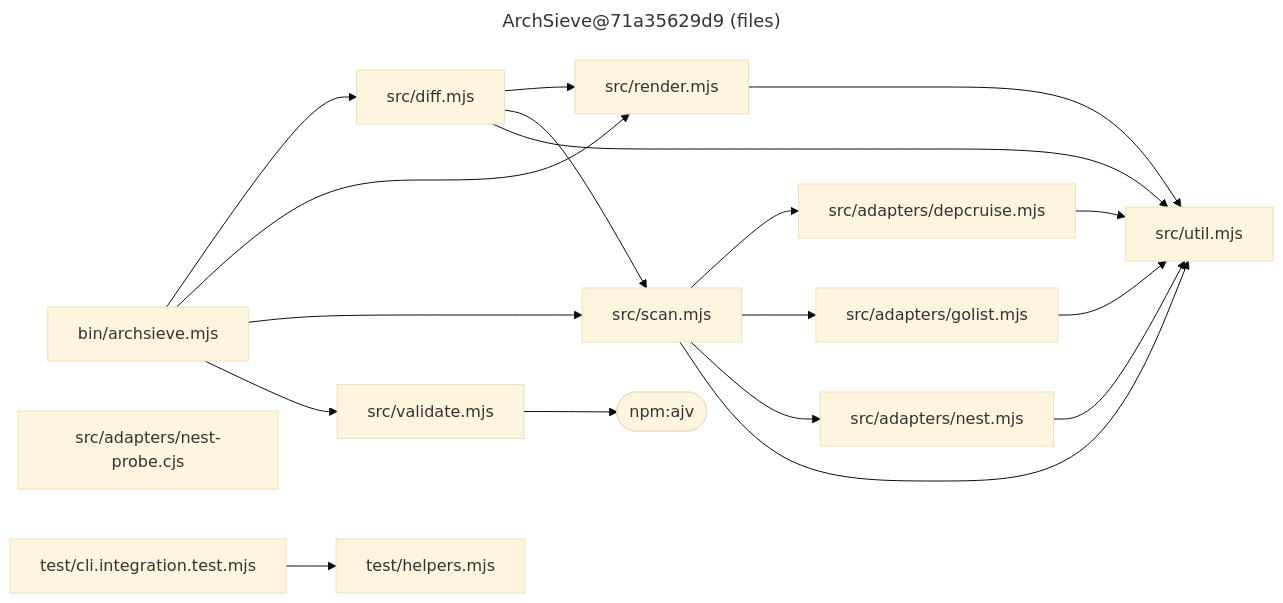
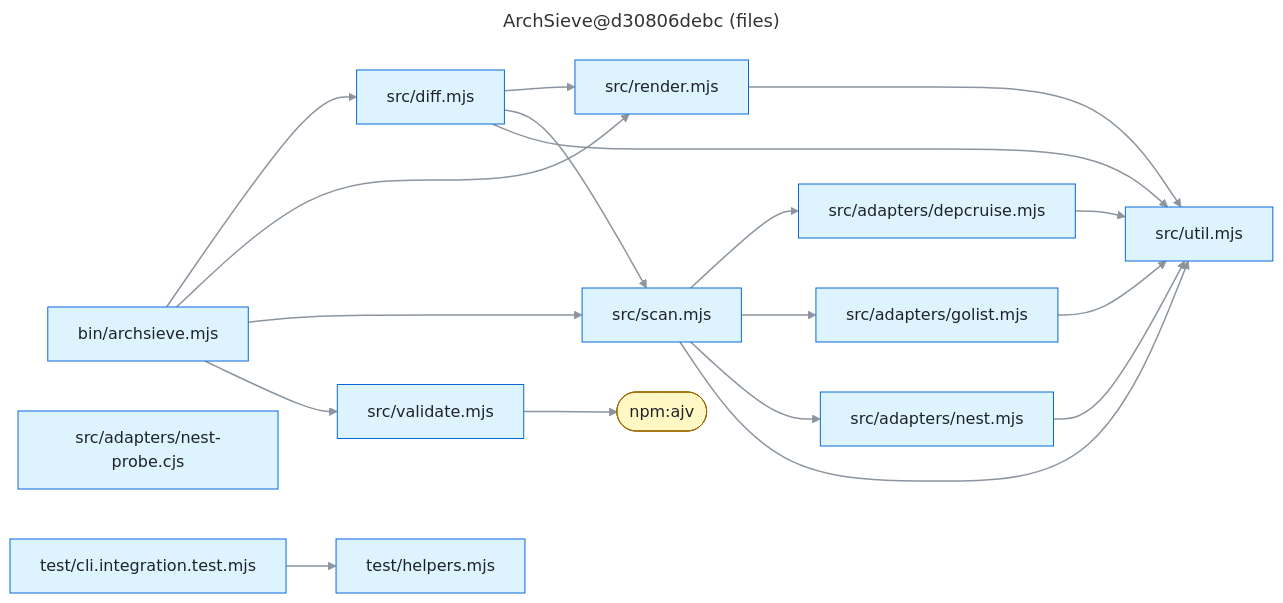
The diagram in examples/self/archsieve-files.mmd (FullFran/archsieve), drawn with Mermaid (base theme) before and after one commit. The commit also changed 12 other files, not shown here.

First line of the commit message:
fix(render): give Mermaid views explicit colours readable on light and dark themes

```diff
--- a/examples/self/archsieve-files.mmd
+++ b/examples/self/archsieve-files.mmd
@@ -1,34 +1,40 @@
 ---
-title: ArchSieve@71a35629d9 (files)
+title: ArchSieve@d30806debc (files)
 ---
 flowchart LR
-  n0["bin/archsieve.mjs"]
-  n1(["npm:ajv"])
-  n2["src/adapters/depcruise.mjs"]
-  n3["src/adapters/golist.mjs"]
-  n4["src/adapters/nest-probe.cjs"]
-  n5["src/adapters/nest.mjs"]
-  n6["src/diff.mjs"]
-  n7["src/render.mjs"]
-  n8["src/scan.mjs"]
-  n9["src/util.mjs"]
-  n10["src/validate.mjs"]
-  n11["test/cli.integration.test.mjs"]
-  n12["test/helpers.mjs"]
+  n0["bin/archsieve.mjs"]:::code
+  n1(["npm:ajv"]):::external
+  n2["src/adapters/depcruise.mjs"]:::code
+  n3["src/adapters/golist.mjs"]:::code
+  n4["src/adapters/nest-probe.cjs"]:::code
+  n5["src/adapters/nest.mjs"]:::code
+  n6["src/diff.mjs"]:::code
+  n7["src/render.mjs"]:::code
+  n8["src/scan.mjs"]:::code
+  n9["src/util.mjs"]:::code
+  n10["src/validate.mjs"]:::code
+  n11["test/cli.integration.test.mjs"]:::code
+  n12["test/helpers.mjs"]:::code
   n0 --> n6
   n0 --> n7
   n0 --> n8
   n0 --> n10
   n2 --> n9
   n3 --> n9
   n5 --> n9
   n6 --> n7
   n6 --> n8
   n6 --> n9
   n7 --> n9
   n8 --> n2
   n8 --> n3
   n8 --> n5
   n8 --> n9
   n10 --> n1
   n11 --> n12
+  linkStyle default stroke:#8c959f,stroke-width:1.5px
+  classDef code fill:#ddf4ff,stroke:#0969da,color:#1f2328
+  classDef external fill:#fff8c5,stroke:#9a6700,color:#1f2328
+  classDef module fill:#fbefff,stroke:#8250df,color:#1f2328
+  classDef added fill:#dafbe1,stroke:#2da44e,stroke-width:2px,color:#1f2328
+  classDef removed fill:#ffebe9,stroke:#cf222e,stroke-dasharray:4 3,color:#1f2328
```
